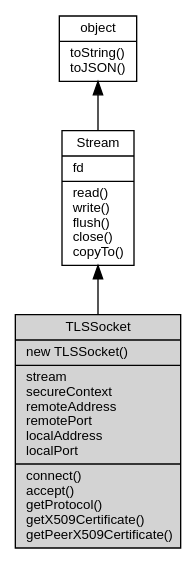
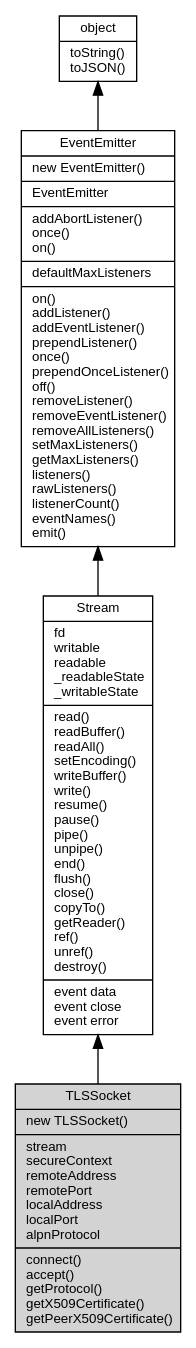
Before and after one commit to fibjs/fibjs.org: the diagram in docs/manual/object/ifs/TLSSocket.md, drawn with Graphviz. The commit also changed other lines of this file and 148 other files, not shown here.

First line of the commit message:
feat: add ZlibCodec documentation and update object graph

````diff
--- a/docs/manual/object/ifs/TLSSocket.md
+++ b/docs/manual/object/ifs/TLSSocket.md
@@ -11,12 +11,14 @@
 ```dot
 digraph {
     node [fontname="Helvetica,sans-Serif", fontsize=10, shape="record", style="filled", fillcolor="white"];
 
     object [tooltip="object", URL="object.md", label="{object|toString()\ltoJSON()\l}"];
-    Stream [tooltip="Stream", URL="Stream.md", label="{Stream|fd\l|read()\lwrite()\lflush()\lclose()\lcopyTo()\l}"];
-    TLSSocket [tooltip="TLSSocket", fillcolor="lightgray", id="me", label="{TLSSocket|new TLSSocket()\l|stream\lsecureContext\lremoteAddress\lremotePort\llocalAddress\llocalPort\l|connect()\laccept()\lgetProtocol()\lgetX509Certificate()\lgetPeerX509Certificate()\l}"];
+    EventEmitter [tooltip="EventEmitter", URL="EventEmitter.md", label="{EventEmitter|new EventEmitter()\l|EventEmitter\l|addAbortListener()\lonce()\lon()\l|defaultMaxListeners\l|on()\laddListener()\laddEventListener()\lprependListener()\lonce()\lprependOnceListener()\loff()\lremoveListener()\lremoveEventListener()\lremoveAllListeners()\lsetMaxListeners()\lgetMaxListeners()\llisteners()\lrawListeners()\llistenerCount()\leventNames()\lemit()\l}"];
+    Stream [tooltip="Stream", URL="Stream.md", label="{Stream|fd\lwritable\lreadable\l_readableState\l_writableState\l|read()\lreadBuffer()\lreadAll()\lsetEncoding()\lwriteBuffer()\lwrite()\lresume()\lpause()\lpipe()\lunpipe()\lend()\lflush()\lclose()\lcopyTo()\lgetReader()\lref()\lunref()\ldestroy()\l|event data\levent close\levent error\l}"];
+    TLSSocket [tooltip="TLSSocket", fillcolor="lightgray", id="me", label="{TLSSocket|new TLSSocket()\l|stream\lsecureContext\lremoteAddress\lremotePort\llocalAddress\llocalPort\lalpnProtocol\l|connect()\laccept()\lgetProtocol()\lgetX509Certificate()\lgetPeerX509Certificate()\l}"];
 
-    object -> Stream [dir=back];
+    object -> EventEmitter [dir=back];
+    EventEmitter -> Stream [dir=back];
     Stream -> TLSSocket [dir=back];
 }
 ```
````
